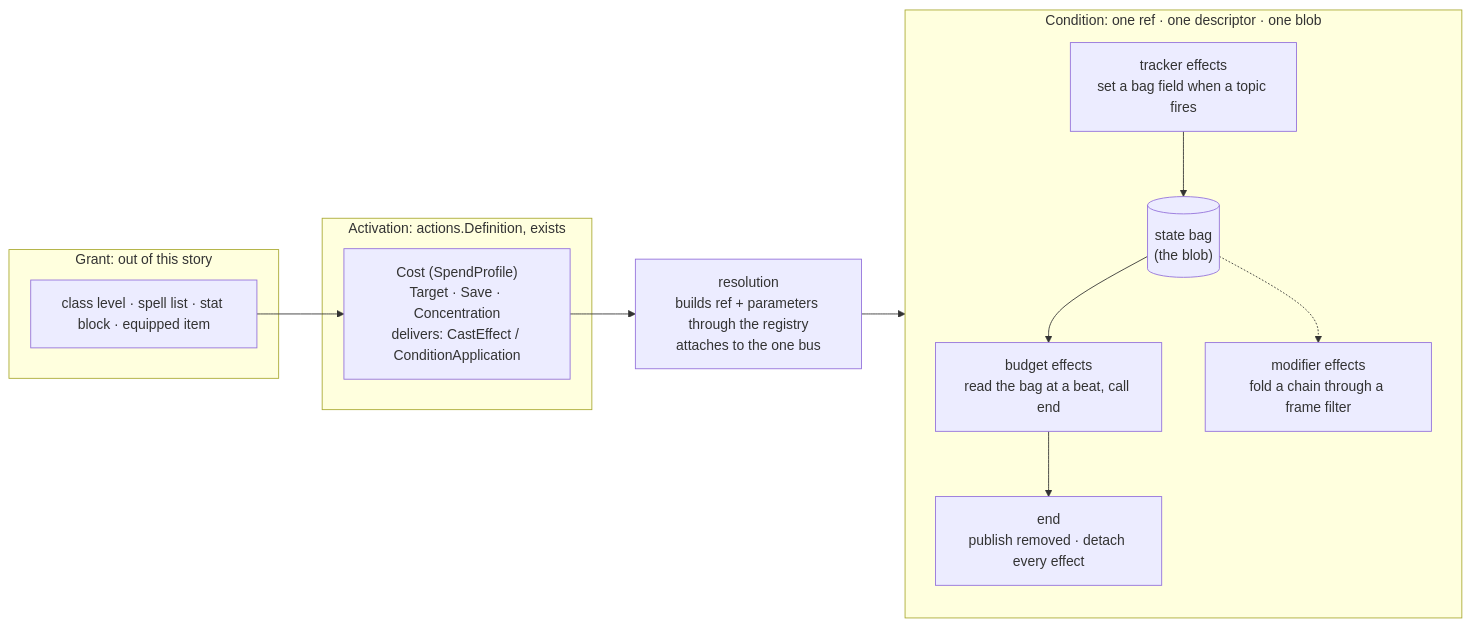
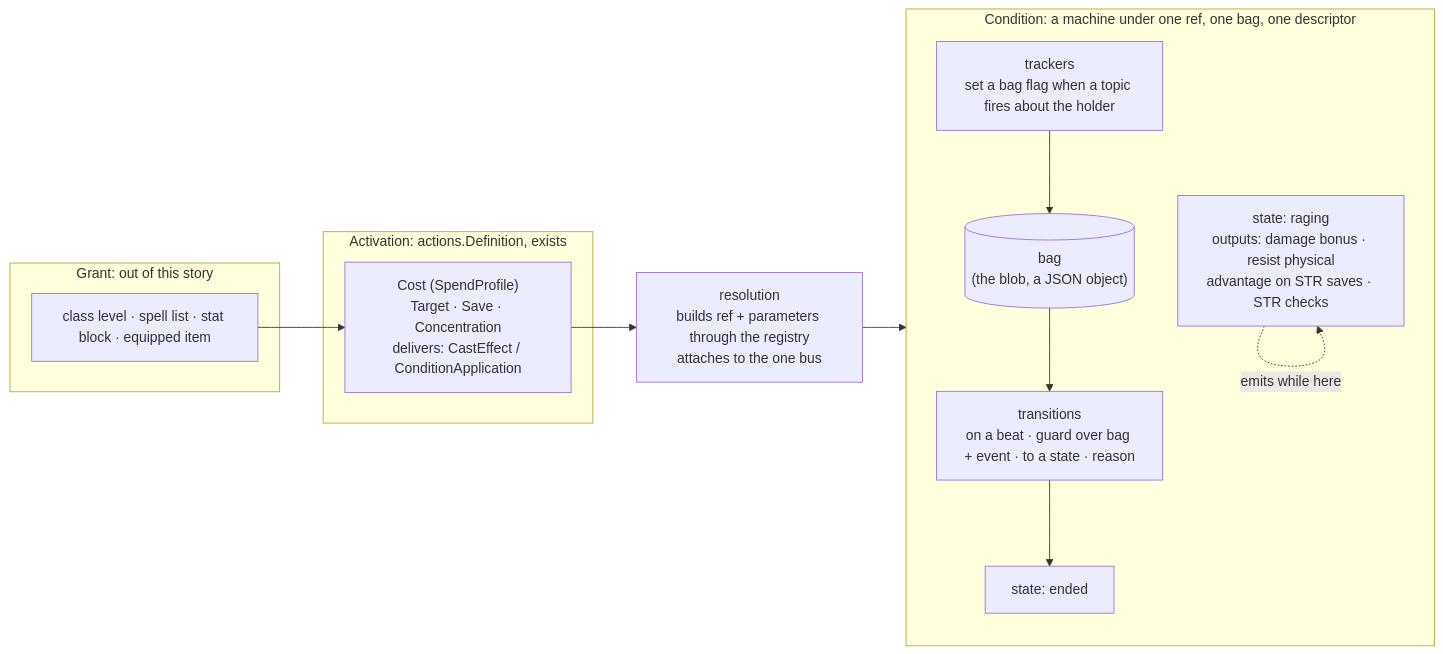
Before and after one commit to KirkDiggler/rpg-toolkit: the diagram in docs/ideas/composable-conditions/design.md, drawn with Mermaid. The commit also changed other lines of this file, not shown here.

First line of the commit message:
docs(composable-conditions): a condition is a machine; guards and amounts are a closed vocabulary

````diff
--- a/docs/ideas/composable-conditions/design.md
+++ b/docs/ideas/composable-conditions/design.md
@@ -105,22 +118,23 @@
 ```mermaid
 flowchart LR
   subgraph grant [Grant: out of this story]
     G["class level · spell list · stat block · equipped item"]
   end
   subgraph activation [Activation: actions.Definition, exists]
     D["Cost (SpendProfile)<br/>Target · Save · Concentration<br/>delivers: CastEffect / ConditionApplication"]
   end
   R["resolution<br/>builds ref + parameters through the registry<br/>attaches to the one bus"]
-  subgraph condition [Condition: one ref · one descriptor · one blob]
-    S[("state bag<br/>(the blob)")]
-    M["modifier effects<br/>fold a chain through a frame filter"]
-    T["tracker effects<br/>set a bag field when a topic fires"]
-    B["budget effects<br/>read the bag at a beat, call end"]
-    E["end<br/>publish removed · detach every effect"]
-    T --> S
-    S --> B
-    S -.-> M
-    B --> E
+  subgraph condition [Condition: a machine under one ref, one bag, one descriptor]
+    direction TB
+    B[("bag<br/>(the blob, a JSON object)")]
+    S1["state: raging<br/>outputs: damage bonus · resist physical<br/>advantage on STR saves · STR checks"]
+    S2["state: ended"]
+    TR["trackers<br/>set a bag flag when a topic fires about the holder"]
+    TX["transitions<br/>on a beat · guard over bag + event · to a state · reason"]
+    TR --> B
+    B --> TX
+    TX --> S2
+    S1 -.emits while here.-> S1
   end
   G --> D --> R --> condition
 ```
````
